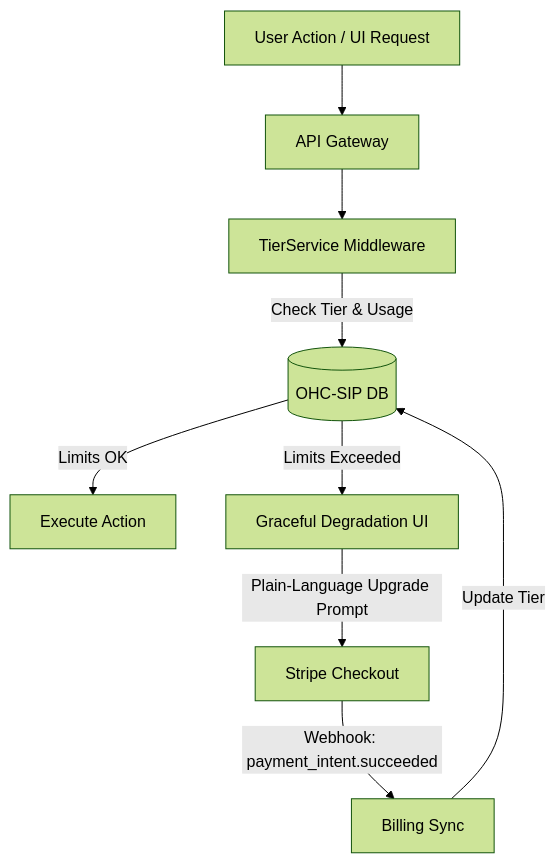
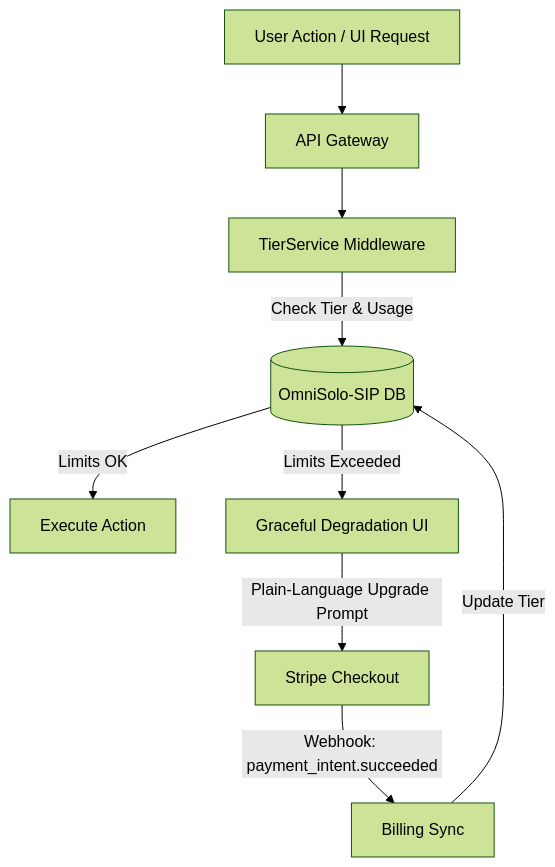
One commit to omnisolo-llc/onehumancorp changed the diagram in docs/research/[architecture]_multi_tenant_saas_tiers.md. Above: the diagram before and after it, drawn with Mermaid (forest theme). The commit also changed other lines of this file and 2191 other files, not shown here.

Commit message:
feat: complete OmniSolo rename and browser audit

````diff
--- a/docs/research/[architecture]_multi_tenant_saas_tiers.md
+++ b/docs/research/[architecture]_multi_tenant_saas_tiers.md
@@ -29,12 +29,12 @@
 ```mermaid
 graph TD
     UserAction[User Action / UI Request] --> API[API Gateway]
     API --> TierService[TierService Middleware]
-    TierService -->|Check Tier & Usage| DB[(OHC-SIP DB)]
+    TierService -->|Check Tier & Usage| DB[(OmniSolo-SIP DB)]
     DB -- Limits OK --> Execute[Execute Action]
     DB -- Limits Exceeded --> Graceful[Graceful Degradation UI]
 
     Graceful -->|Plain-Language Upgrade Prompt| Stripe[Stripe Checkout]
     Stripe -->|Webhook: payment_intent.succeeded| WebhookHandler[Billing Sync]
     WebhookHandler -->|Update Tier| DB
 ```
````
